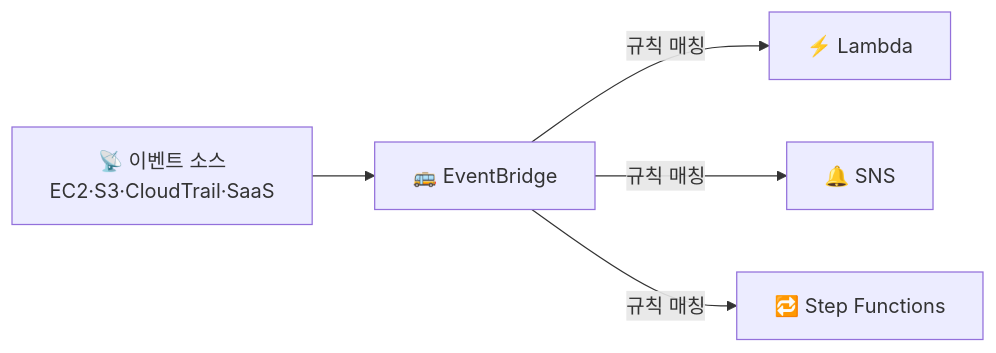
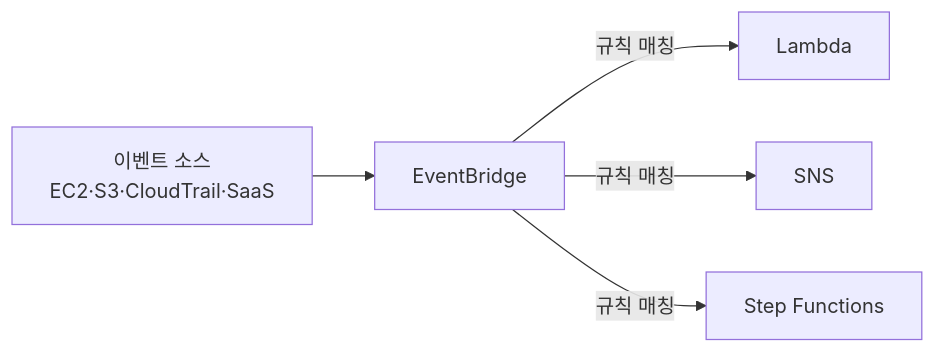
The diagram in contents/aws/monitoring/cloudtrail/index.mdx (una0801/yoona-tech), drawn with Mermaid before and after one commit. The commit also changed other lines of this file and 56 other files, not shown here.

````diff
--- a/contents/aws/monitoring/cloudtrail/index.mdx
+++ b/contents/aws/monitoring/cloudtrail/index.mdx
@@ -86,7 +70,7 @@
 ```mermaid
 flowchart LR
-    Src["📡 이벤트 소스<br/>EC2·S3·CloudTrail·SaaS"] --> Bus["🚌 EventBridge"]
-    Bus -->|규칙 매칭| L["⚡ Lambda"]
-    Bus -->|규칙 매칭| SNS["🔔 SNS"]
-    Bus -->|규칙 매칭| SF["🔁 Step Functions"]
+    Src["이벤트 소스<br/>EC2·S3·CloudTrail·SaaS"] --> Bus["EventBridge"]
+    Bus -->|규칙 매칭| L["Lambda"]
+    Bus -->|규칙 매칭| SNS["SNS"]
+    Bus -->|규칙 매칭| SF["Step Functions"]
 ```
````
